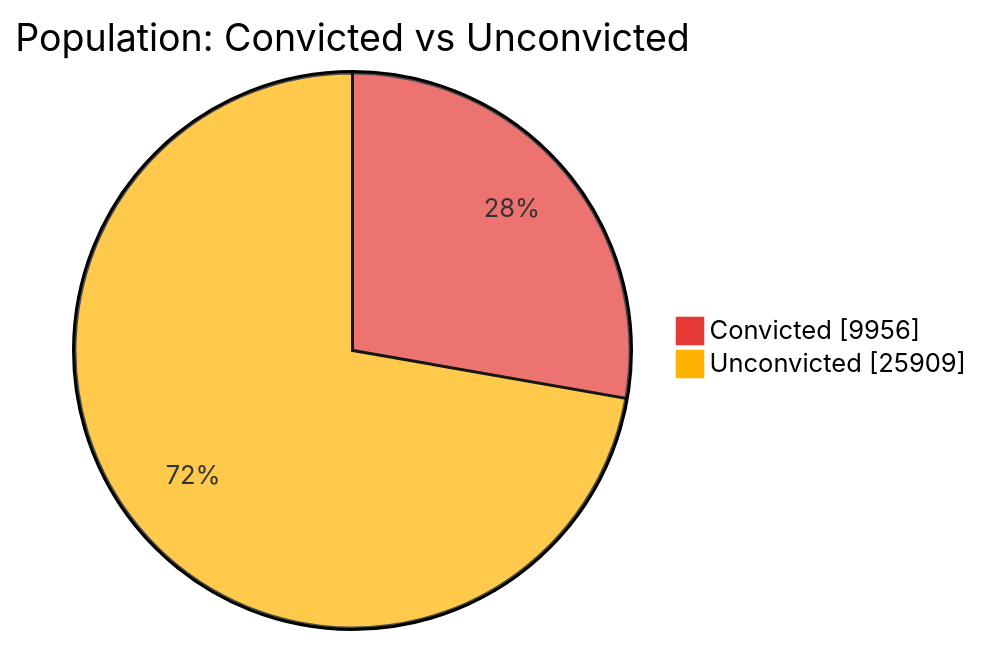
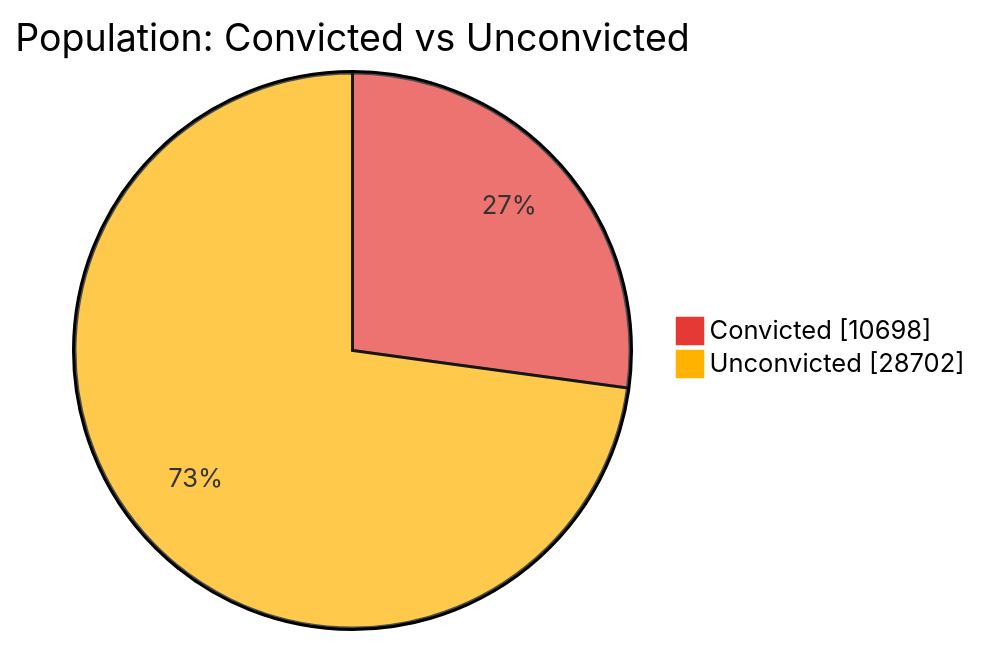
One commit to nuuuwan/lk_prisons changed the first of 7 diagrams in README.md. Above: the diagram before and after it, drawn with Mermaid. The commit also changed other lines of this file and 1 other file, not shown here.

````diff
--- a/README.md
+++ b/README.md
@@ -43,6 +43,6 @@
 ```mermaid
 %%{init: {'themeVariables': {'pie1': '#E53935', 'pie2': '#FFB300'}}}%%
 pie showData title Population: Convicted vs Unconvicted
-    "Convicted" : 9956
-    "Unconvicted" : 25909
+    "Convicted" : 10698
+    "Unconvicted" : 28702
 ```
````
